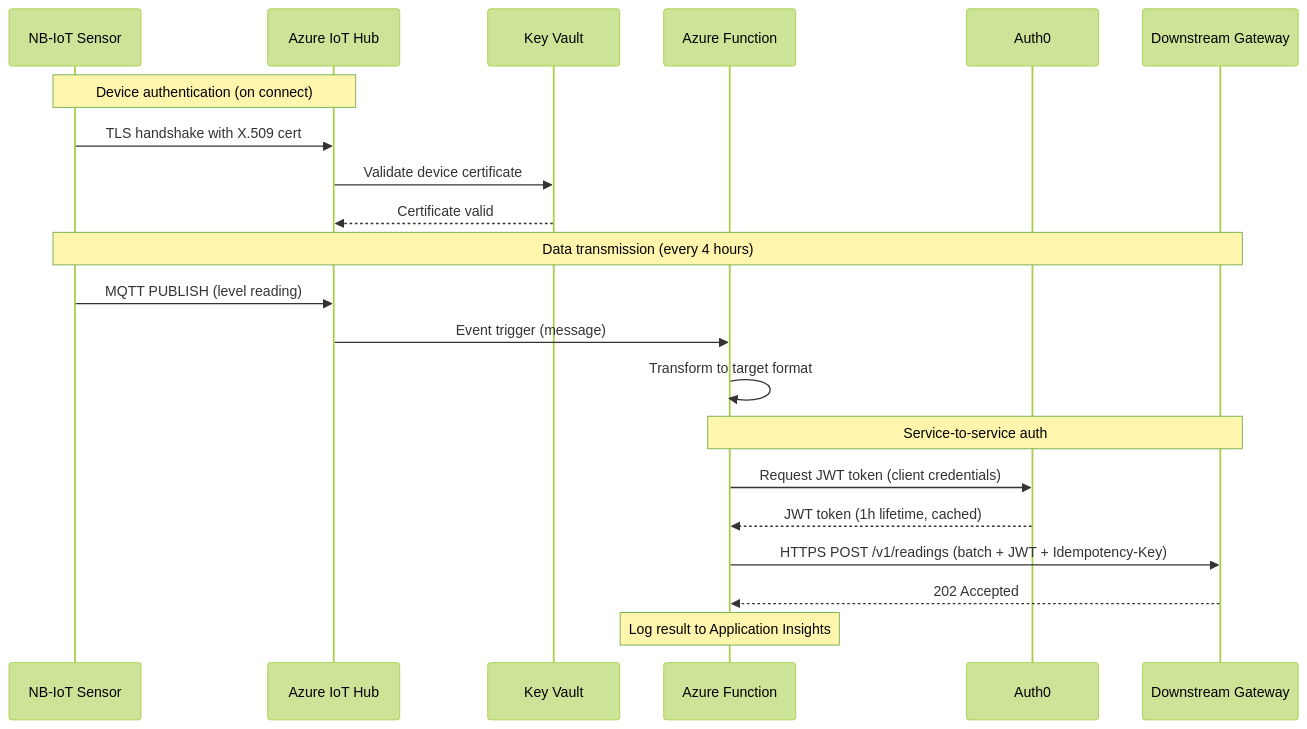
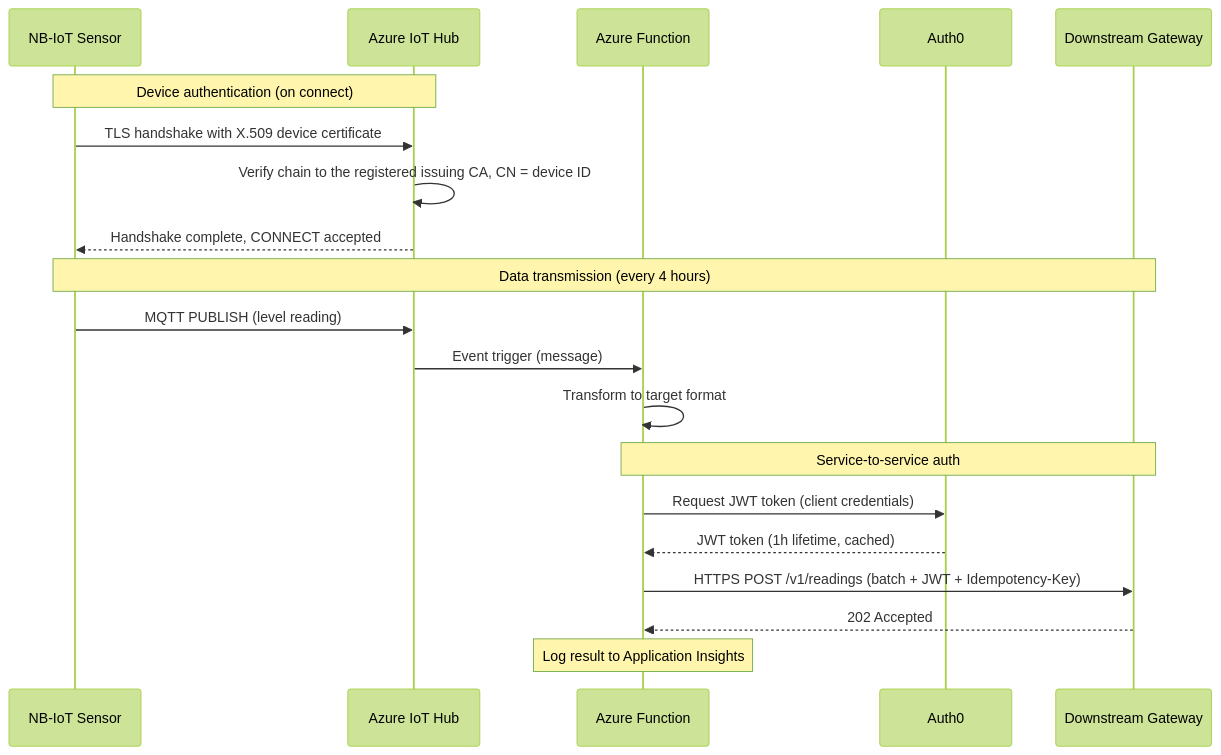
Before and after one commit to asnielsen789/IIoT-platform: the third of 4 diagrams in docs/architecture.md, drawn with Mermaid (forest theme). The commit also changed other lines of this file, not shown here.

Commit message:
docs: correct device authentication in the architecture diagrams
Three statements about device certificates contradicted ADR-009 and the
implementation:

- Key Vault was "CA for X.509 device certificates". Key Vault is not a
  CA service; it holds the CA's signing keys and its certificates, and
  tools/IIoT.DeviceCa does the CA's work.
- The container diagram had Key Vault feeding certificates to IoT Hub.
  The issuing CA certificate is registered in IoT Hub once, by an
  operator; nothing flows between them at runtime.
- The connect sequence had IoT Hub ask Key Vault to validate the device
  certificate. IoT Hub validates the chain against the CA certificate it
  has registered and checks that the CN is the device ID; Key Vault is
  not involved in a connection, so it leaves that diagram.

Only these sentences change.

````diff
--- a/docs/architecture.md
+++ b/docs/architecture.md
@@ -88,28 +88,27 @@
 ```mermaid
 sequenceDiagram
     participant S as NB-IoT Sensor
     participant IH as Azure IoT Hub
-    participant KV as Key Vault
     participant AF as Azure Function
     participant A0 as Auth0
     participant GW as Downstream Gateway
 
     Note over S,IH: Device authentication (on connect)
-    S->>IH: TLS handshake with X.509 cert
-    IH->>KV: Validate device certificate
-    KV-->>IH: Certificate valid
+    S->>IH: TLS handshake with X.509 device certificate
+    IH->>IH: Verify chain to the registered issuing CA, CN = device ID
+    IH-->>S: Handshake complete, CONNECT accepted
 
     Note over S,GW: Data transmission (every 4 hours)
     S->>IH: MQTT PUBLISH (level reading)
     IH->>AF: Event trigger (message)
     AF->>AF: Transform to target format
 
     Note over AF,GW: Service-to-service auth
     AF->>A0: Request JWT token (client credentials)
     A0-->>AF: JWT token (1h lifetime, cached)
 
     AF->>GW: HTTPS POST /v1/readings (batch + JWT + Idempotency-Key)
     GW-->>AF: 202 Accepted
 
     Note over AF: Log result to Application Insights
 ```
````
